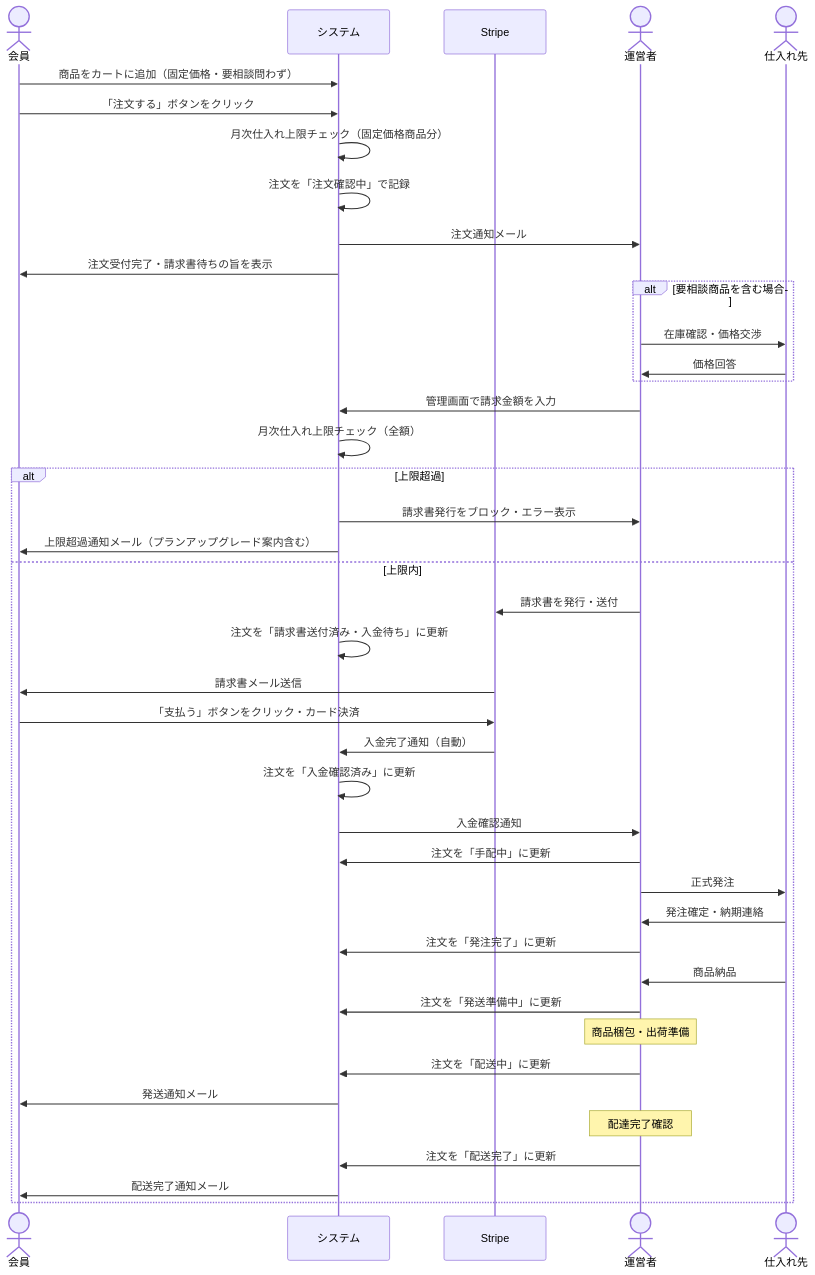
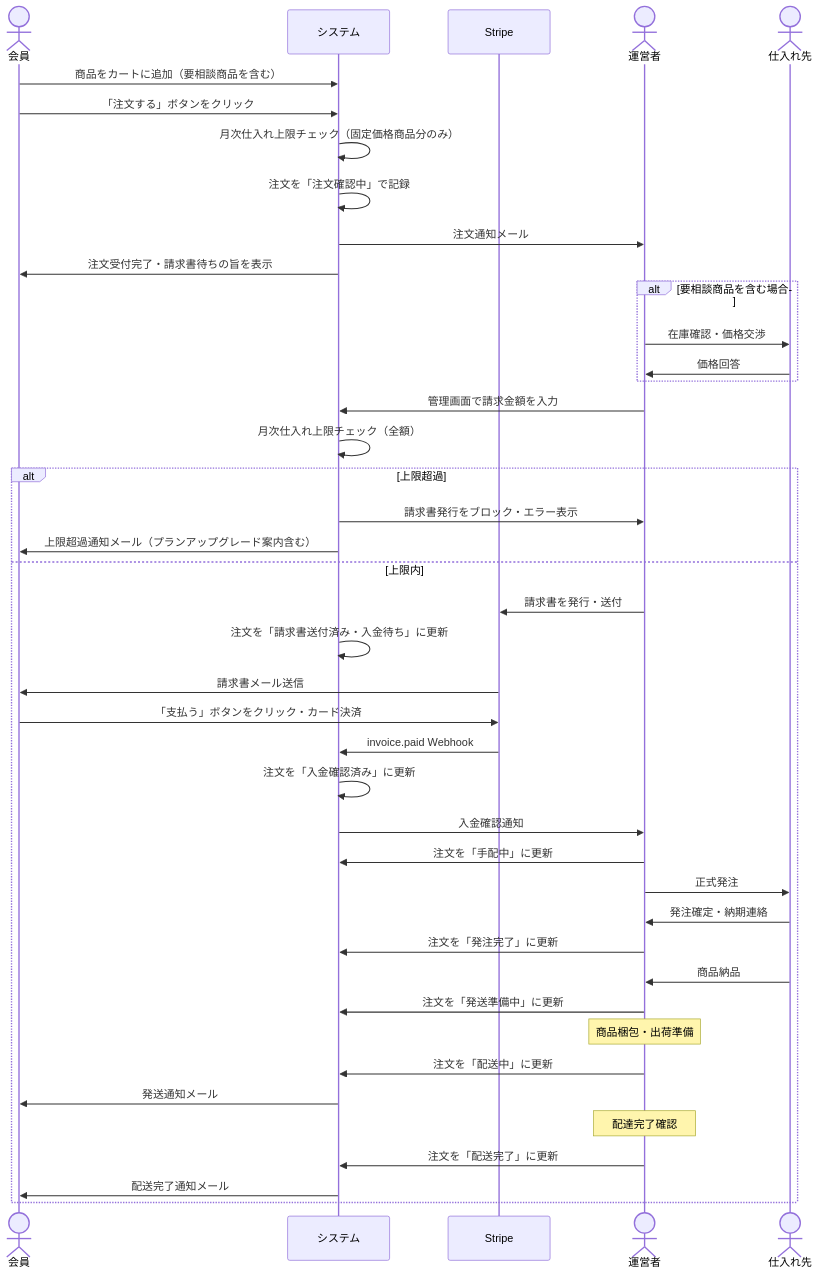
Before and after one commit to wknd-studio/brand-closed-ec: the third of 3 diagrams in docs/order-flow.md, drawn with Mermaid. The commit also changed other lines of this file and 10 other files, not shown here.

````diff
--- a/docs/order-flow.md
+++ b/docs/order-flow.md
@@ -30,52 +89,52 @@
 ```mermaid
 sequenceDiagram
     actor 会員
     participant システム
     participant Stripe
     actor 運営者
     actor 仕入れ先
 
-    会員->>システム: 商品をカートに追加（固定価格・要相談問わず）
+    会員->>システム: 商品をカートに追加（要相談商品を含む）
     会員->>システム: 「注文する」ボタンをクリック
-    システム->>システム: 月次仕入れ上限チェック（固定価格商品分）
+    システム->>システム: 月次仕入れ上限チェック（固定価格商品分のみ）
     システム->>システム: 注文を「注文確認中」で記録
     システム->>運営者: 注文通知メール
     システム->>会員: 注文受付完了・請求書待ちの旨を表示
 
     alt 要相談商品を含む場合
         運営者->>仕入れ先: 在庫確認・価格交渉
         仕入れ先->>運営者: 価格回答
     end
 
     運営者->>システム: 管理画面で請求金額を入力
     システム->>システム: 月次仕入れ上限チェック（全額）
 
     alt 上限超過
         システム->>運営者: 請求書発行をブロック・エラー表示
         システム->>会員: 上限超過通知メール（プランアップグレード案内含む）
     else 上限内
         運営者->>Stripe: 請求書を発行・送付
         システム->>システム: 注文を「請求書送付済み・入金待ち」に更新
         Stripe->>会員: 請求書メール送信
 
         会員->>Stripe: 「支払う」ボタンをクリック・カード決済
-        Stripe->>システム: 入金完了通知（自動）
+        Stripe->>システム: invoice.paid Webhook
         システム->>システム: 注文を「入金確認済み」に更新
         システム->>運営者: 入金確認通知
 
         運営者->>システム: 注文を「手配中」に更新
         運営者->>仕入れ先: 正式発注
         仕入れ先->>運営者: 発注確定・納期連絡
         運営者->>システム: 注文を「発注完了」に更新
 
         仕入れ先->>運営者: 商品納品
         運営者->>システム: 注文を「発送準備中」に更新
         Note over 運営者: 商品梱包・出荷準備
         運営者->>システム: 注文を「配送中」に更新
         システム->>会員: 発送通知メール
 
         Note over 運営者: 配達完了確認
         運営者->>システム: 注文を「配送完了」に更新
         システム->>会員: 配送完了通知メール
     end
 ```
````
